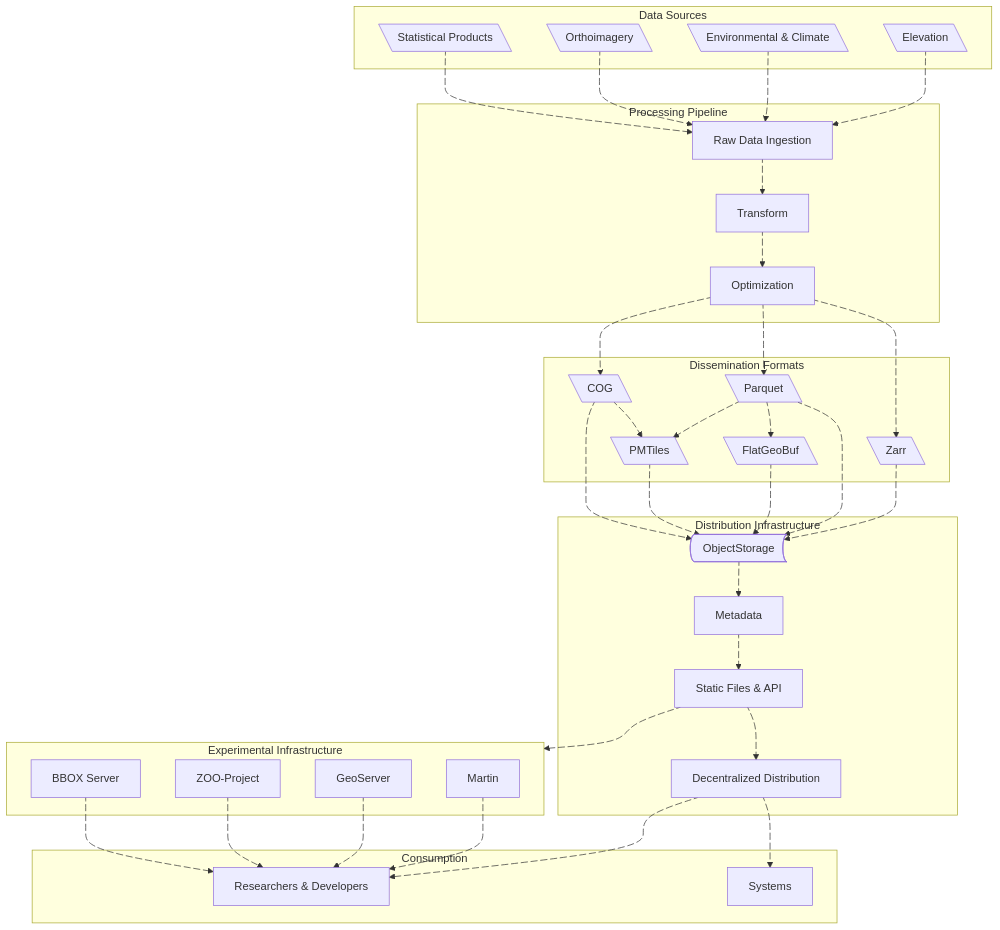
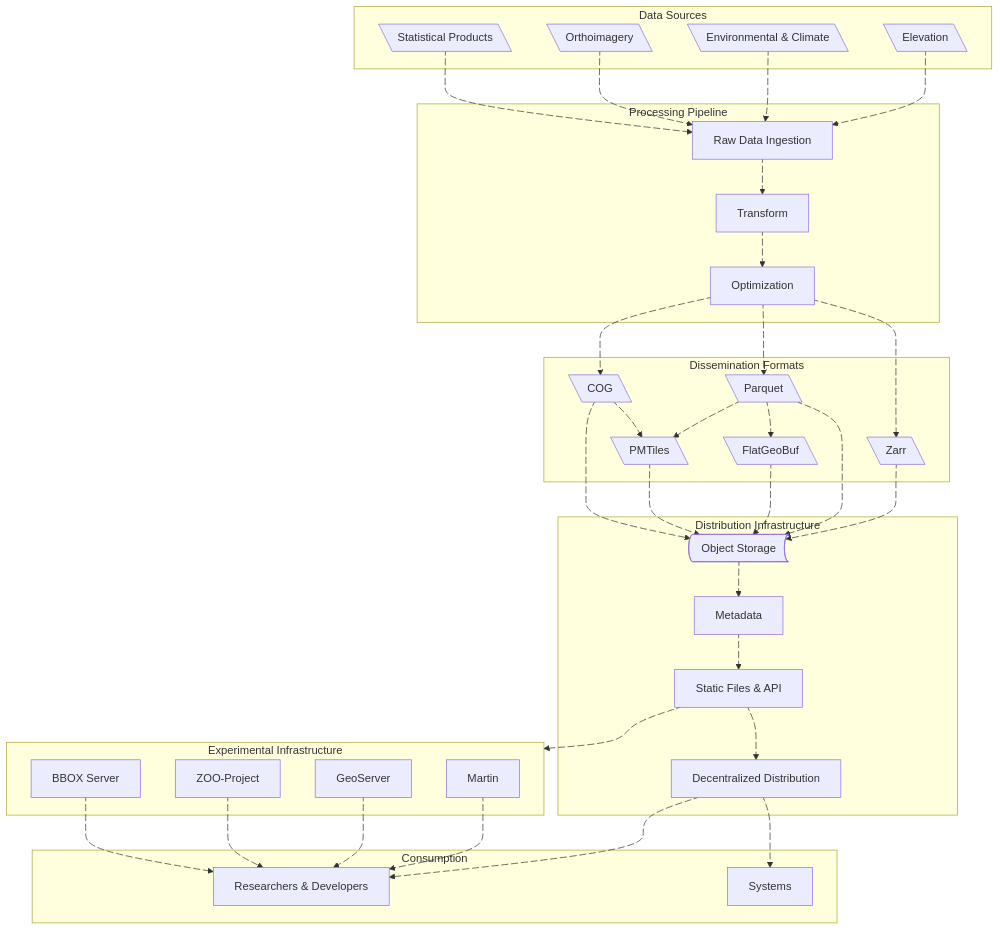
One commit to dataforcanada/www.dataforcanada.org changed the diagram in content/_index.md. Above: the diagram before and after it, drawn with Mermaid.

Commit message:
Fix object storage label name in high-level overview diagram

```diff
--- a/content/_index.md
+++ b/content/_index.md
@@ -44,7 +44,7 @@
     end
 
     subgraph "Distribution Infrastructure"
-        ObjectStorage@{ shape: bow-rect}
+        ObjectStorage@{ shape: bow-rect, label: "Object Storage"}
         Metadata@{ shape: rect}
         HTTP@{ shape: rect, label: "Static Files & API"}
         DecentralizedDistribution@{ shape: rect, label: "Decentralized Distribution"}
```
